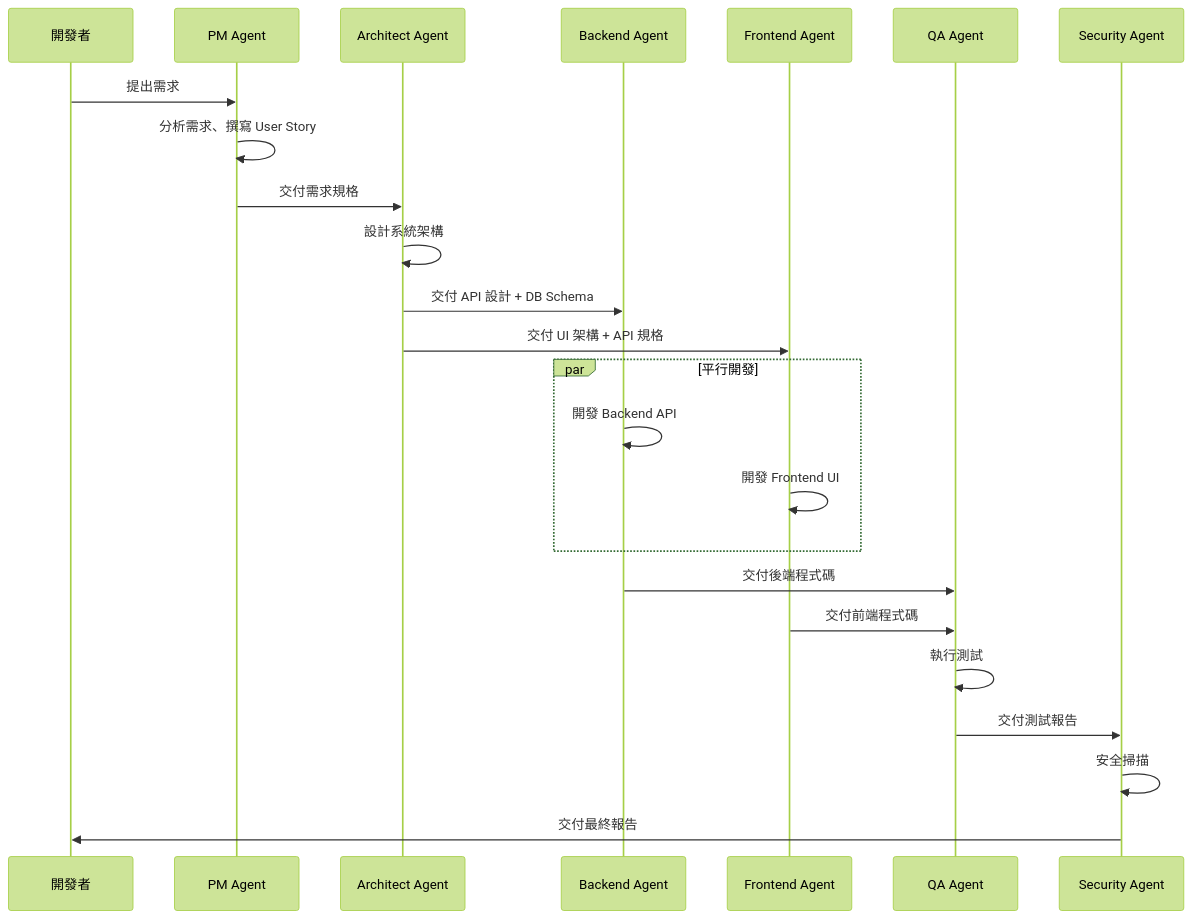
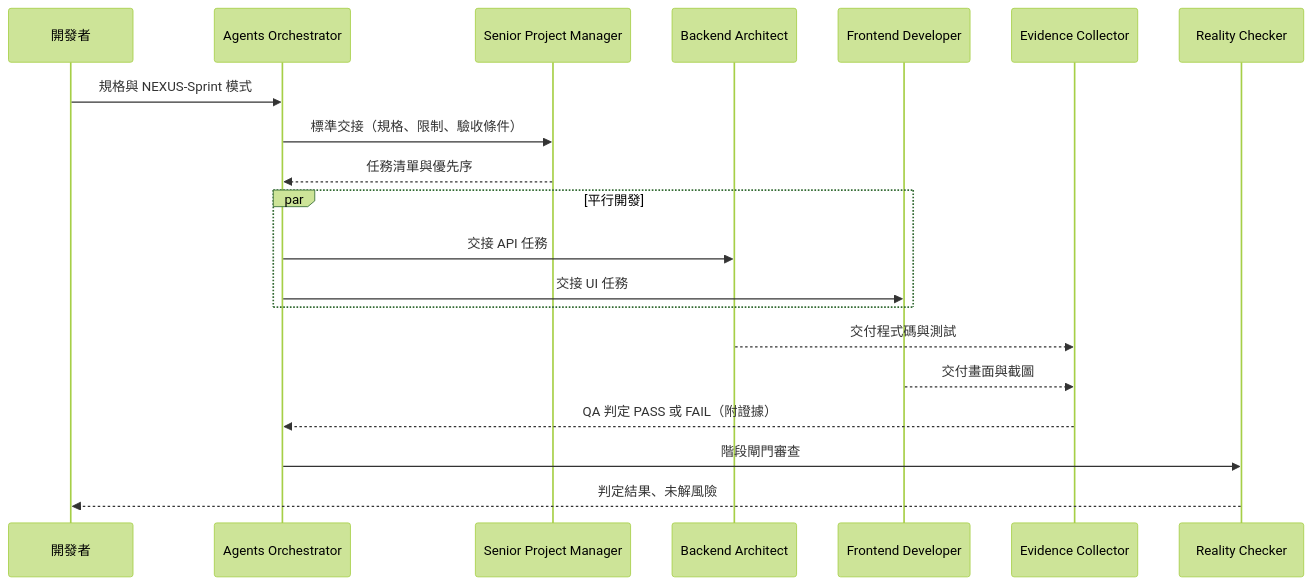
Before and after one commit to chihhung/Blog: the fourth of 15 diagrams in content/posts/教學/AI開發/agency-agents教學手冊.md, drawn with Mermaid (forest theme). The commit also changed other lines of this file and 1 other file, not shown here.

Commit message:
docs: update agency-agents doc

````diff
--- a/content/posts/教學/AI開發/agency-agents教學手冊.md
+++ b/content/posts/教學/AI開發/agency-agents教學手冊.md
@@ -344,29 +691,23 @@
 ```mermaid
 sequenceDiagram
-    participant USER as 開發者
-    participant PM as PM Agent
-    participant ARCH as Architect Agent
-    participant DEV as Backend Agent
-    participant FE as Frontend Agent
-    participant QA as QA Agent
-    participant SEC as Security Agent
+    participant U as 開發者
+    participant OR as Agents Orchestrator
+    participant PM as Senior Project Manager
+    participant BE as Backend Architect
+    participant FE as Frontend Developer
+    participant EC as Evidence Collector
+    participant RC as Reality Checker
 
-    USER->>PM: 提出需求
-    PM->>PM: 分析需求、撰寫 User Story
-    PM->>ARCH: 交付需求規格
-    ARCH->>ARCH: 設計系統架構
-    ARCH->>DEV: 交付 API 設計 + DB Schema
-    ARCH->>FE: 交付 UI 架構 + API 規格
-    
+    U->>OR: 規格與 NEXUS-Sprint 模式
+    OR->>PM: 標準交接（規格、限制、驗收條件）
+    PM-->>OR: 任務清單與優先序
     par 平行開發
-        DEV->>DEV: 開發 Backend API
-        FE->>FE: 開發 Frontend UI
+        OR->>BE: 交接 API 任務
+        OR->>FE: 交接 UI 任務
     end
-
-    DEV->>QA: 交付後端程式碼
-    FE->>QA: 交付前端程式碼
-    QA->>QA: 執行測試
-    QA->>SEC: 交付測試報告
-    SEC->>SEC: 安全掃描
-    SEC->>USER: 交付最終報告
+    BE-->>EC: 交付程式碼與測試
+    FE-->>EC: 交付畫面與截圖
+    EC-->>OR: QA 判定 PASS 或 FAIL（附證據）
+    OR->>RC: 階段閘門審查
+    RC-->>U: 判定結果、未解風險
 ```
````
